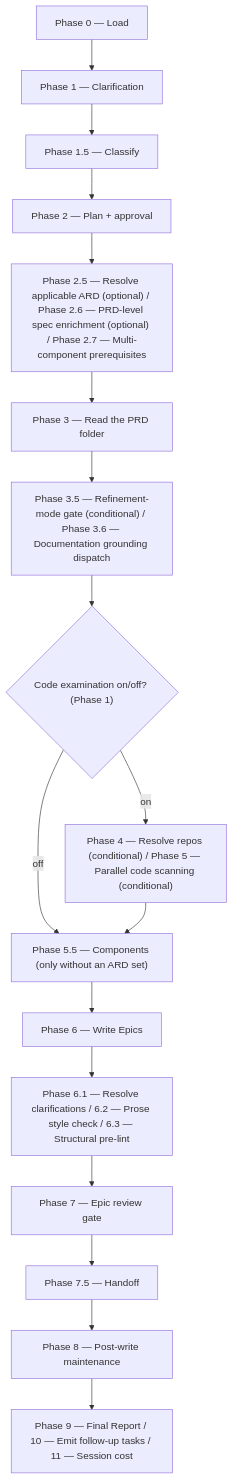
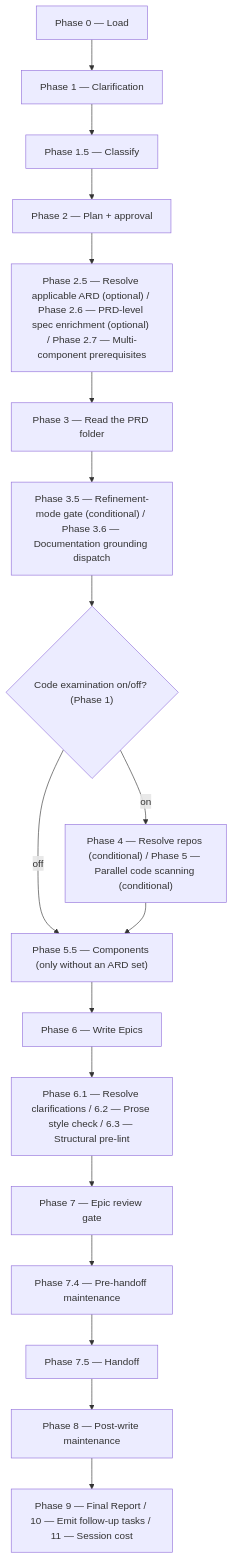
The diagram in plugins/product-workflows/docs/commands/epics.md (ihudak/ai-workflows), drawn with Mermaid before and after one commit. The commit also changed other lines of this file and 21 other files, not shown here.

````diff
--- a/plugins/product-workflows/docs/commands/epics.md
+++ b/plugins/product-workflows/docs/commands/epics.md
@@ -27,19 +27,20 @@
 ```mermaid
 flowchart TD
     p0["Phase 0 — Load"] --> p1["Phase 1 — Clarification"]
     p1 --> p15["Phase 1.5 — Classify"]
     p15 --> p2["Phase 2 — Plan + approval"]
     p2 --> p2526["Phase 2.5 — Resolve applicable ARD (optional) / Phase 2.6 — PRD-level spec enrichment (optional) / Phase 2.7 — Multi-component prerequisites"]
     p2526 --> p3["Phase 3 — Read the PRD folder"]
     p3 --> p3536["Phase 3.5 — Refinement-mode gate (conditional) / Phase 3.6 — Documentation grounding dispatch"]
     p3536 --> d1{"Code examination on/off? (Phase 1)"}
     d1 -- "on" --> p45["Phase 4 — Resolve repos (conditional) / Phase 5 — Parallel code scanning (conditional)"]
     d1 -- "off" --> p55
     p45 --> p55["Phase 5.5 — Components (only without an ARD set)"]
     p55 --> p6["Phase 6 — Write Epics"]
     p6 --> p616263["Phase 6.1 — Resolve clarifications / 6.2 — Prose style check / 6.3 — Structural pre-lint"]
     p616263 --> p7["Phase 7 — Epic review gate"]
-    p7 --> p75["Phase 7.5 — Handoff"]
+    p7 --> p74["Phase 7.4 — Pre-handoff maintenance"]
+    p74 --> p75["Phase 7.5 — Handoff"]
     p75 --> p8["Phase 8 — Post-write maintenance"]
     p8 --> p91011["Phase 9 — Final Report / 10 — Emit follow-up tasks / 11 — Session cost"]
 ```
````
